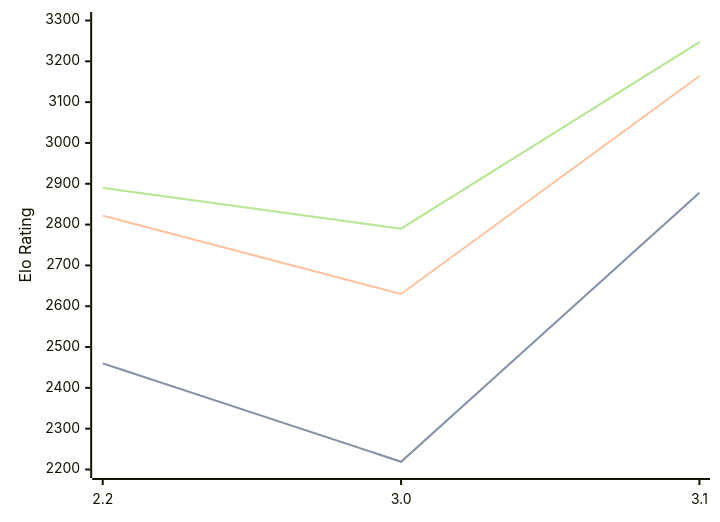
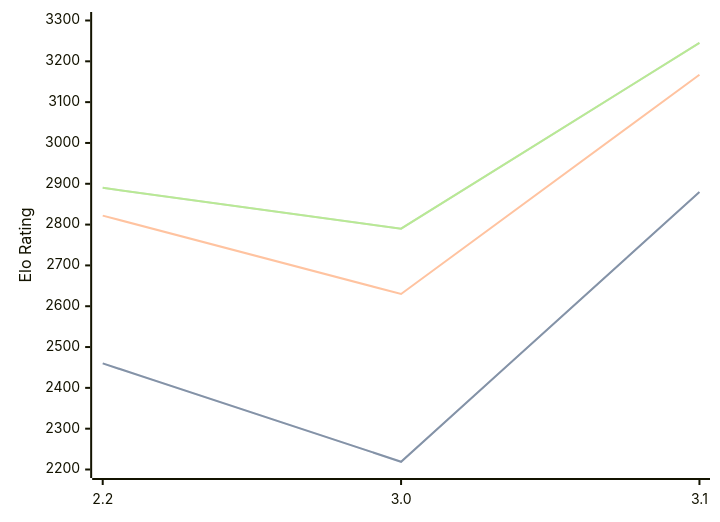
Before and after one commit to computer-chess-index/cci: the diagram in engines/Thrawn.md, drawn with Mermaid. The commit also changed other lines of this file, not shown here.

Commit message:
Update CCI Ratings (ELO VLTC) - 2026-08-03

````diff
--- a/engines/Thrawn.md
+++ b/engines/Thrawn.md
@@ -41,11 +41,11 @@
 ```mermaid
 %%{init: {"theme":"base","themeVariables":{"seriesColors:['#a3a3a3','#222221','#faa371']}}}%%
 xychart-beta
   x-axis ["2.2", "3.0", "3.1"]
   y-axis "Elo Rating" 2200 --> 3300
-  line "STC (8.0+0.08s)" [2460, 2219, 2878]
-  line "STC (8.0+0.08s)" [2460, 2219, 2878]
-  line "LTC (60.0+0.60s)" [2822, 2630, 3164]
-  line "VLTC (2m24s+1.12s)" [2890, 2790, 3247]
-  line "VLTC (2m24s+1.12s)" [2890, 2790, 3247]
+  line "STC (8.0+0.08s)" [2460, 2219, 2880]
+  line "STC (8.0+0.08s)" [2460, 2219, 2880]
+  line "LTC (60.0+0.60s)" [2822, 2630, 3167]
+  line "VLTC (2m24s+1.12s)" [2890, 2790, 3245]
+  line "VLTC (2m24s+1.12s)" [2890, 2790, 3245]
 ```
````
